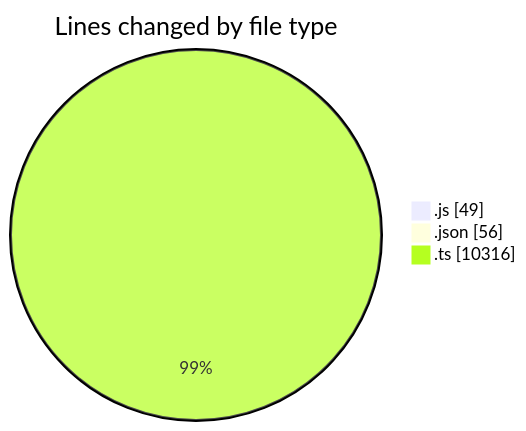
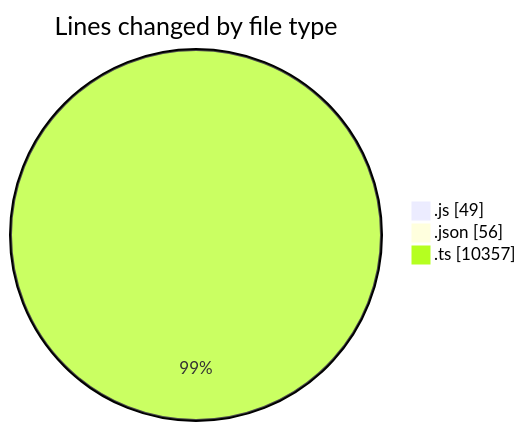
One commit to momahboobian/code-tracking changed the first of 2 diagrams in 2025-09-04/cda/README.md. Above: the diagram before and after it, drawn with Mermaid. The commit also changed other lines of this file and 1 other file, not shown here.

````diff
--- a/2025-09-04/cda/README.md
+++ b/2025-09-04/cda/README.md
@@ -24,7 +24,7 @@
 ```mermaid
 pie showData
 title Lines changed by file type
 ".js" : 49
 ".json" : 56
-".ts" : 10316
+".ts" : 10357
 ```
````
